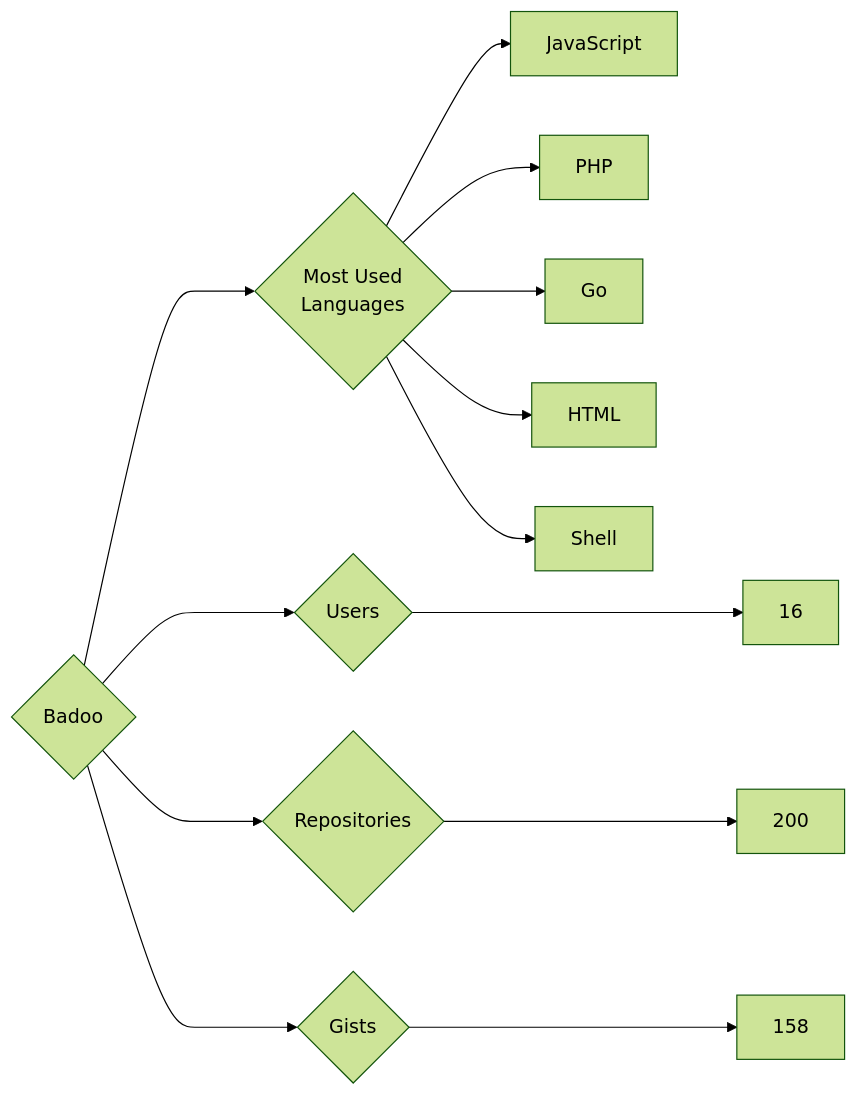
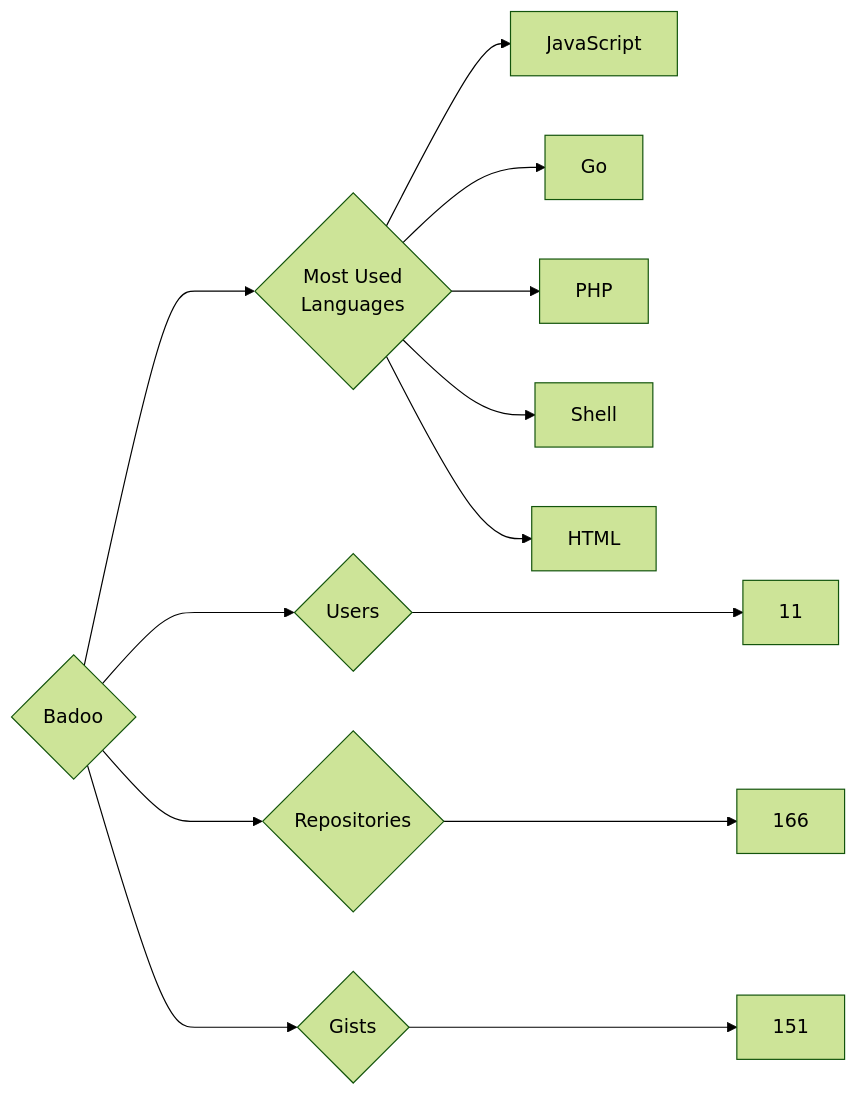
Before and after one commit to trickest/insiders: the diagram in targets/Badoo/README.md, drawn with Mermaid (forest theme). The commit also changed 750 other files, not shown here.

````diff
--- a/targets/Badoo/README.md
+++ b/targets/Badoo/README.md
@@ -3,13 +3,13 @@
 ```mermaid
 graph LR
 COMPANY_NAME{Badoo}
-COMPANY_NAME ---> U{Users} ---> UN[16]
-COMPANY_NAME ---> R{Repositories} ---> RN[200]
-COMPANY_NAME ---> G{Gists} ---> GN[158]
+COMPANY_NAME ---> U{Users} ---> UN[11]
+COMPANY_NAME ---> R{Repositories} ---> RN[166]
+COMPANY_NAME ---> G{Gists} ---> GN[151]
 COMPANY_NAME ---> ML{Most Used<br>Languages}
 ML --> JavaScript[JavaScript]
+ML --> Go[Go]
 ML --> PHP[PHP]
-ML --> Go[Go]
+ML --> Shell[Shell]
 ML --> HTML[HTML]
-ML --> Shell[Shell]
 ```
````
